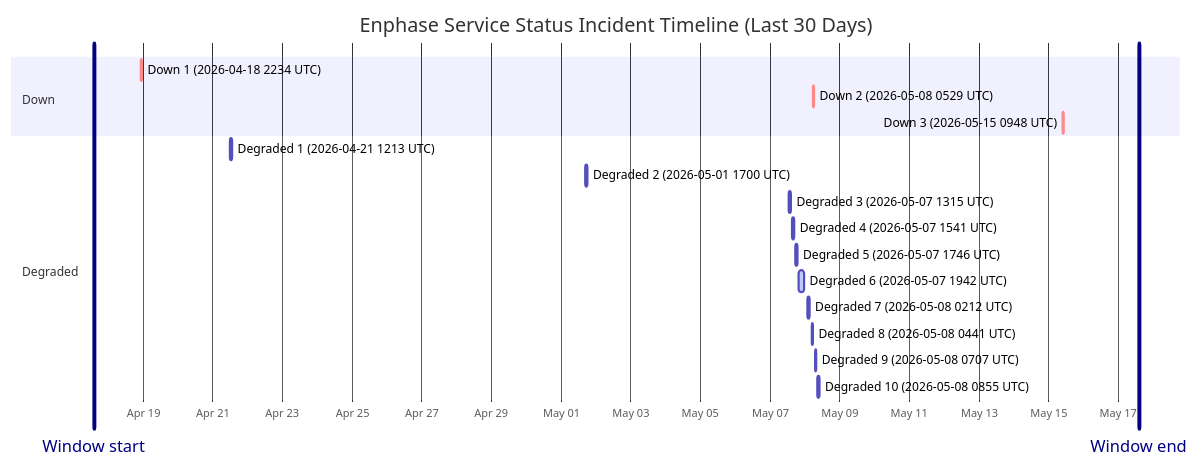
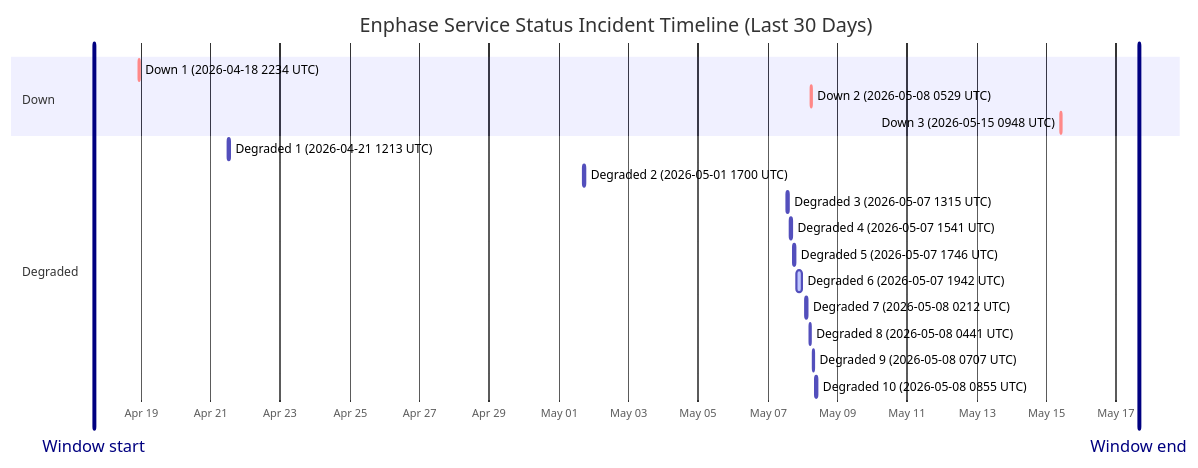
The diagram in wiki/Service-Status-History.md (barneyonline/ha-enphase-ev-charger), drawn with Mermaid before and after one commit. The commit also changed other lines of this file and 3 other files, not shown here.

````diff
--- a/wiki/Service-Status-History.md
+++ b/wiki/Service-Status-History.md
@@ -14,23 +14,23 @@
 ```mermaid
 gantt
     title Enphase Service Status Incident Timeline (Last 30 Days)
     dateFormat  YYYY-MM-DDTHH:mm:ss
     axisFormat  %b %d
-    Window start :vert, window-start, 2026-04-17T14:03:36, 0ms
-    Window end :vert, window-end, 2026-05-17T14:03:36, 0ms
+    Window start :vert, window-start, 2026-04-17T15:36:21, 0ms
+    Window end :vert, window-end, 2026-05-17T15:36:21, 0ms
     section Down
     Down 1 (2026-04-18 2234 UTC) :crit, down-1, 2026-04-18T22:34:13, 60m
     Down 2 (2026-05-08 0529 UTC) :crit, down-2, 2026-05-08T05:29:47, 60m
     Down 3 (2026-05-15 0948 UTC) :crit, down-3, 2026-05-15T09:48:18, 60m
     section Degraded
     Degraded 1 (2026-04-21 1213 UTC) :active, degraded-1, 2026-04-21T12:13:11, 60m
     Degraded 2 (2026-05-01 1700 UTC) :active, degraded-2, 2026-05-01T17:00:22, 60m
     Degraded 3 (2026-05-07 1315 UTC) :active, degraded-3, 2026-05-07T13:15:25, 60m
     Degraded 4 (2026-05-07 1541 UTC) :active, degraded-4, 2026-05-07T15:41:58, 60m
     Degraded 5 (2026-05-07 1746 UTC) :active, degraded-5, 2026-05-07T17:46:51, 60m
     Degraded 6 (2026-05-07 1942 UTC) :active, degraded-6, 2026-05-07T19:42:10, 249m
     Degraded 7 (2026-05-08 0212 UTC) :active, degraded-7, 2026-05-08T02:12:39, 60m
     Degraded 8 (2026-05-08 0441 UTC) :active, degraded-8, 2026-05-08T04:41:46, 60m
     Degraded 9 (2026-05-08 0707 UTC) :active, degraded-9, 2026-05-08T07:07:30, 60m
     Degraded 10 (2026-05-08 0855 UTC) :active, degraded-10, 2026-05-08T08:55:20, 88m
 ```
````
